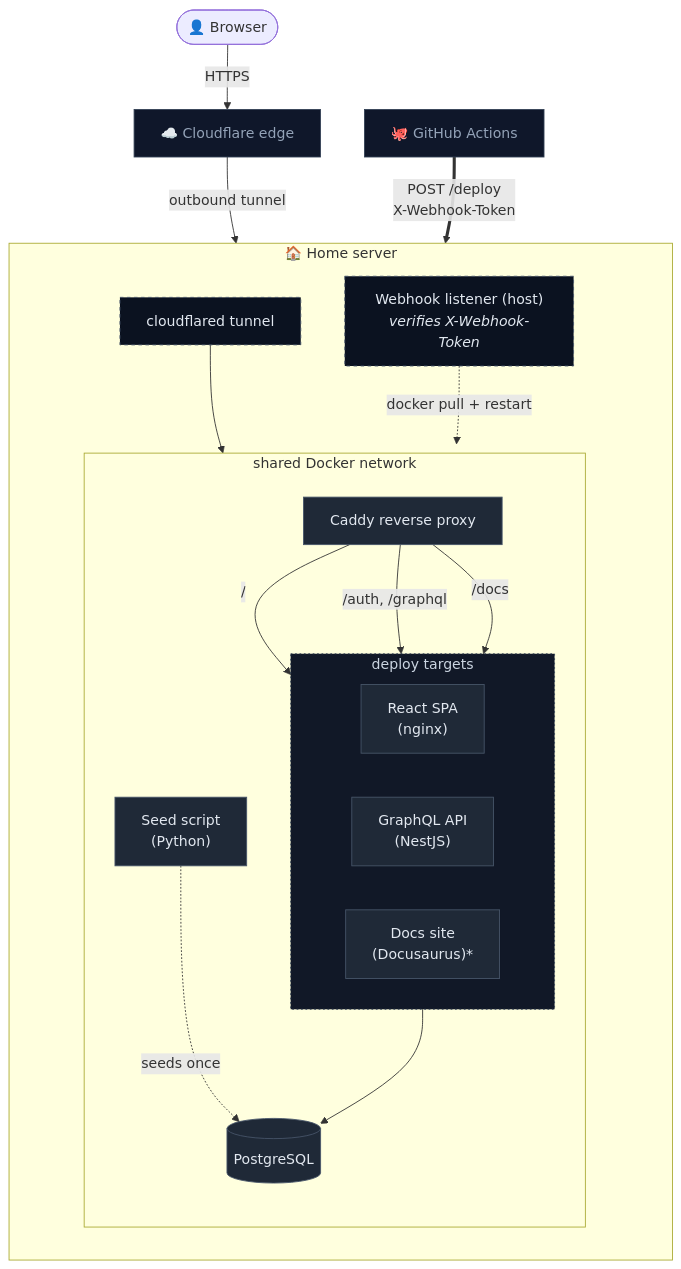
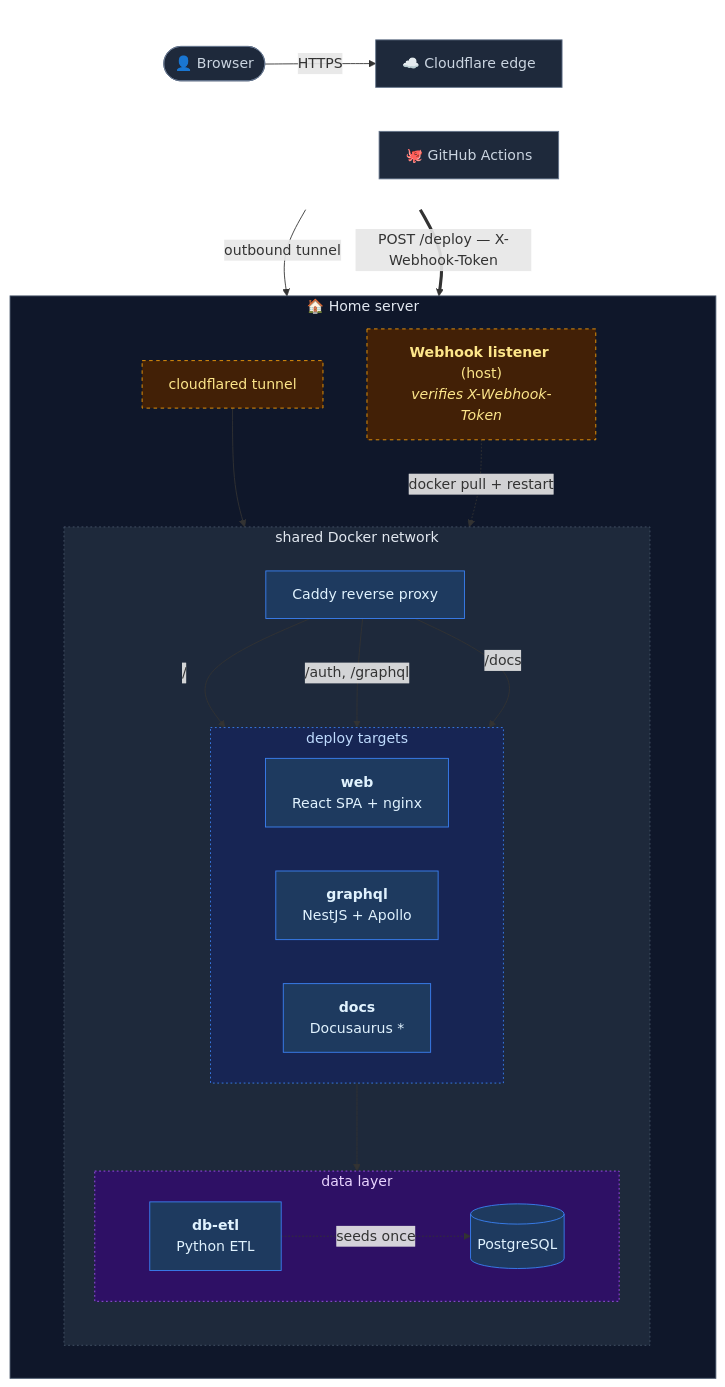
Before and after one commit to Medistat-Tiberiusgh/.github: the diagram in profile/README.md, drawn with Mermaid. The commit also changed other lines of this file, not shown here.

Commit message:
Revise architecture diagram in README
Updated architecture diagram and improved formatting for clarity.

````diff
--- a/profile/README.md
+++ b/profile/README.md
@@ -30,50 +30,64 @@
 ```mermaid
 flowchart TB
-    user(["👤 Browser"])
-    cf["☁️ Cloudflare edge"]
-    gh["🐙 GitHub Actions"]
+    subgraph topRow[" "]
+        direction LR
+        user(["👤 Browser"])
+        cf["☁️ Cloudflare edge"]
+        gh["🐙 GitHub Actions"]
+    end
 
     subgraph home["🏠 Home server"]
         direction TB
         cft["cloudflared tunnel"]
-        hook["Webhook listener (host)<br/><i>verifies X-Webhook-Token</i>"]
+        hook["`**Webhook listener** (host)
+        _verifies X-Webhook-Token_`"]
 
         subgraph net["shared Docker network"]
             direction TB
             caddy["Caddy reverse proxy"]
 
             subgraph apps["deploy targets"]
                 direction LR
-                spa["React SPA<br/>(nginx)"]
-                api["GraphQL API<br/>(NestJS)"]
-                docs["Docs site<br/>(Docusaurus)*"]
+                spa["`**web**
+                React SPA + nginx`"]
+                api["`**graphql**
+                NestJS + Apollo`"]
+                docs["`**docs**
+                Docusaurus *`"]
             end
 
-            db[("PostgreSQL")]
-            etl["Seed script<br/>(Python)"]
+            subgraph data["data layer"]
+                direction LR
+                db[("PostgreSQL")]
+                etl["`**db-etl**
+                Python ETL`"]
+            end
         end
     end
 
     user -->|HTTPS| cf
     cf -->|outbound tunnel| cft
     cft --> caddy
 
     caddy -->|/| spa
     caddy -->|/auth, /graphql| api
     caddy -->|/docs| docs
 
     api --> db
     etl -. seeds once .-> db
 
-    gh ==>|"POST /deploy<br/>X-Webhook-Token"| hook
+    gh ==>|"POST /deploy — X-Webhook-Token"| hook
     hook -. "docker pull + restart" .-> apps
 
-    classDef container fill:#1f2937,stroke:#475569,color:#e2e8f0
-    classDef external fill:#0f172a,stroke:#334155,color:#94a3b8
-    classDef host fill:#0b1220,stroke:#475569,color:#e2e8f0,stroke-dasharray: 4 4
-    classDef group fill:#111827,stroke:#334155,color:#cbd5e1,stroke-dasharray: 2 3
+    classDef container fill:#1e3a5f,stroke:#3b82f6,color:#e0f2fe
+    classDef external fill:#1e293b,stroke:#64748b,color:#cbd5e1
+    classDef host fill:#422006,stroke:#f59e0b,color:#fde68a,stroke-dasharray: 4 4
     class caddy,spa,api,docs,db,etl container
-    class cf,gh external
+    class user,cf,gh external
     class cft,hook host
-    class apps group
+    style topRow fill:transparent,stroke:transparent
+    style home fill:#0f172a,stroke:#475569,color:#e2e8f0
+    style net fill:#1e293b,stroke:#475569,color:#e2e8f0,stroke-dasharray: 2 3
+    style apps fill:#172554,stroke:#3b82f6,color:#bfdbfe,stroke-dasharray: 2 3
+    style data fill:#2e1065,stroke:#a855f7,color:#e9d5ff,stroke-dasharray: 2 3
 ```
````
